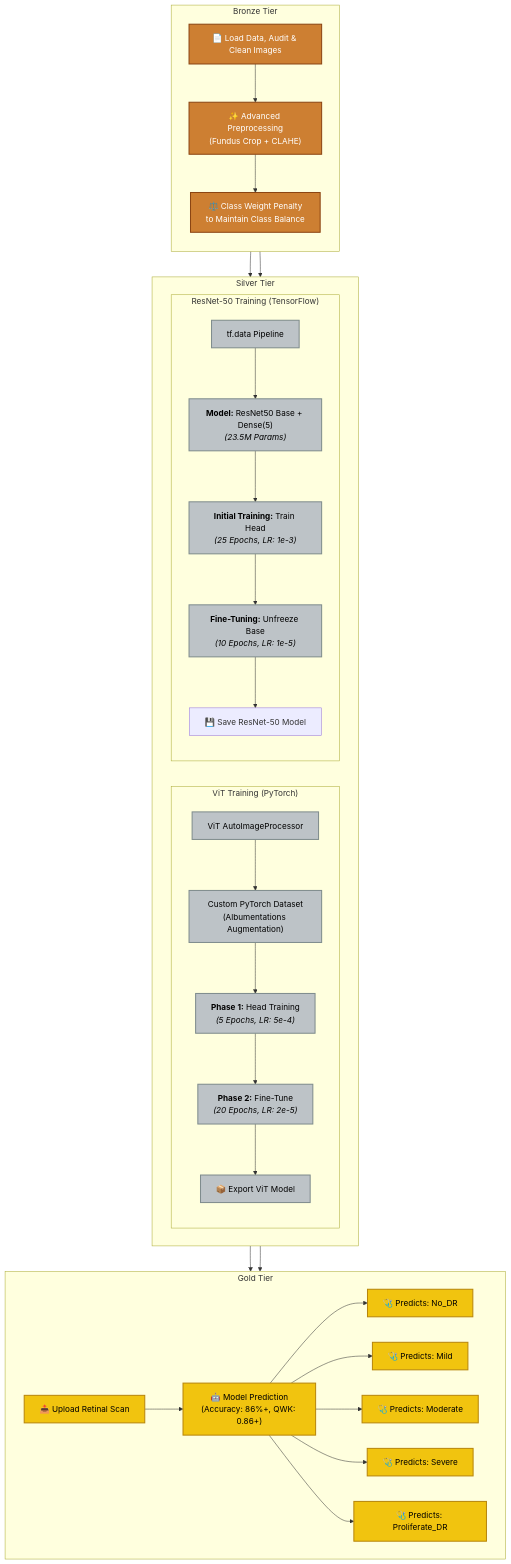
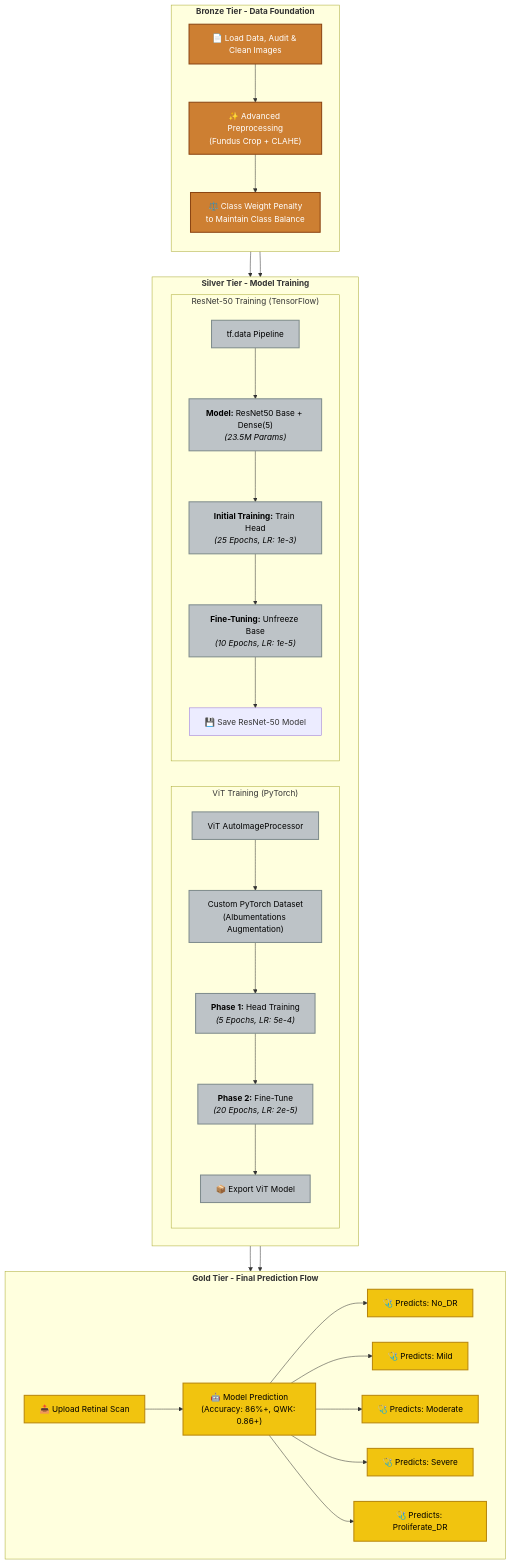
Before and after one commit to Yeshwanth-git-tech/DiabeticRetinopathy-ViT-Resnet: the diagram in README.md, drawn with Mermaid.

Commit message:
Edit README-f

````diff
--- a/README.md
+++ b/README.md
@@ -7,55 +7,55 @@
 ```mermaid
  flowchart TB
      %% --- Style Definitions ---
      classDef bronzeStyle fill:#cd7f32,stroke:#8B4513,stroke-width:2px,color:#ffffff
      classDef silverStyle fill:#bdc3c7,stroke:#7f8c8d,stroke-width:2px,color:#000000
      classDef goldStyle fill:#f1c40f,stroke:#b8860b,stroke-width:2px,color:#000000
  
-     %% --- BRONZE TIER ---
-     subgraph Bronze Tier 
+     %% --- BRONZE TIER: Data Pipeline ---
+     subgraph "<b>Bronze Tier - Data Foundation</b>"
          direction TB
          A["📄 Load Data, Audit & Clean Images"] --> B["✨ Advanced Preprocessing<br/>(Fundus Crop + CLAHE)"]
          B --> C["⚖️ Class Weight Penalty<br/>to Maintain Class Balance"]
      end
      class A,B,C bronzeStyle
  
-     %% --- SILVER TIER ---
-     subgraph Silver Tier 
+     %% --- SILVER TIER: Model Training ---
+     subgraph "<b>Silver Tier - Model Training</b>"
          direction LR
  
          subgraph "ViT Training (PyTorch)"
              direction TB
              G1["ViT AutoImageProcessor"] --> G2["Custom PyTorch Dataset<br/>(Albumentations Augmentation)"]
              G2 --> G3["<b>Phase 1:</b> Head Training<br/><i>(5 Epochs, LR: 5e-4)</i>"]
              G3 --> G4["<b>Phase 2:</b> Fine-Tune<br/><i>(20 Epochs, LR: 2e-5)</i>"]
              G4 --> G5["📦 Export ViT Model"]
          end
  
          subgraph "ResNet-50 Training (TensorFlow)"
              direction TB
              H1["tf.data Pipeline"] --> H2["<b>Model:</b> ResNet50 Base + Dense(5)<br/><i>(23.5M Params)</i>"]
              H2 --> H3["<b>Initial Training:</b> Train Head<br/><i>(25 Epochs, LR: 1e-3)</i>"]
              H3 --> H4["<b>Fine-Tuning:</b> Unfreeze Base<br/><i>(10 Epochs, LR: 1e-5)</i>"]
              H4 --> H5["💾 Save ResNet-50 Model"]
          end
      end
      class G1,G2,G3,G4,G5,H1,H2,H3,H4 silverStyle
  
-     %% --- GOLD TIER ---
-     subgraph Gold Tier 
+     %% --- GOLD TIER: Final Product ---
+     subgraph "<b>Gold Tier - Final Prediction Flow</b>"
          direction LR
          I1["📤 Upload Retinal Scan"] --> I2["🤖 Model Prediction<br/>(Accuracy: 86%+, QWK: 0.86+)"]
          I2 --> I3["🩺 Predicts: No_DR"]
          I2 --> I4["🩺 Predicts: Mild"]
          I2 --> I5["🩺 Predicts: Moderate"]
          I2 --> I6["🩺 Predicts: Severe"]
          I2 --> I7["🩺 Predicts: Proliferate_DR"]
      end
      class I1,I2,I3,I4,I5,I6,I7 goldStyle
  
      %% --- Connections ---
      C --> G1
      C --> H1
      G5 --> I1
      H5 --> I1
 ```
````
